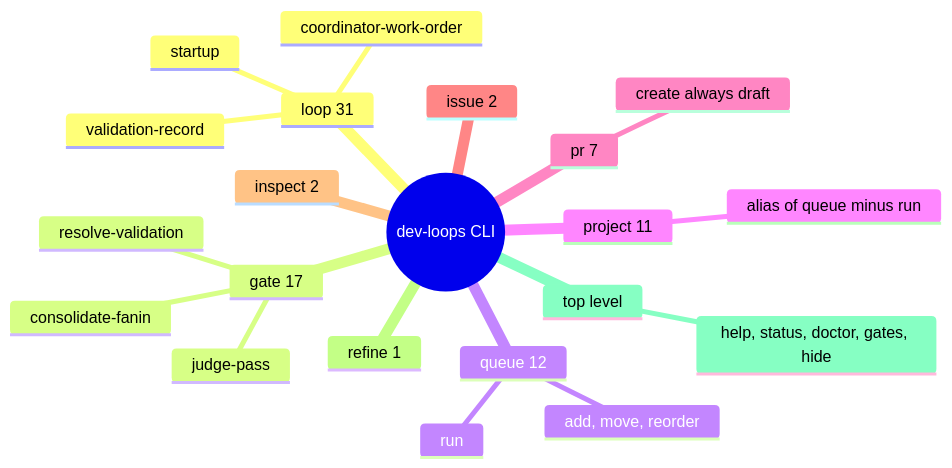
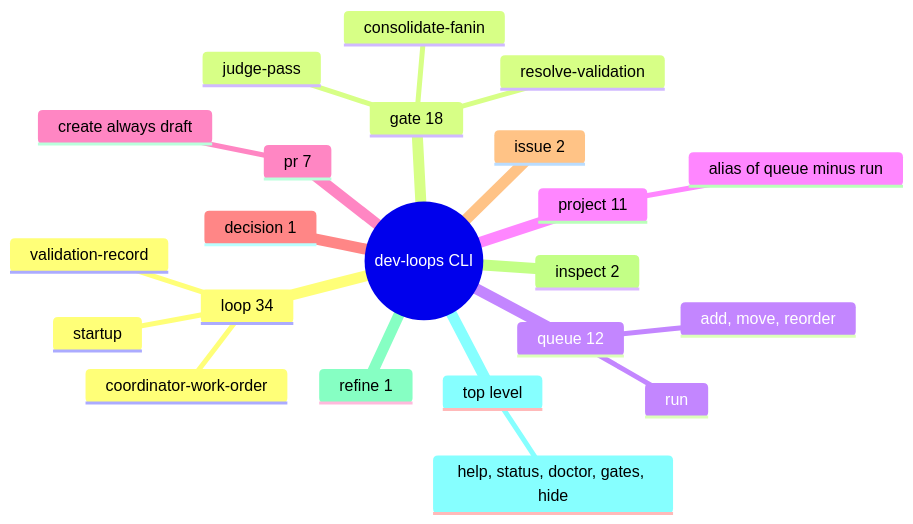
Before and after one commit to mfittko/dev-loops: the ninth of 14 diagrams in docs/atlas/01-system-context.md, drawn with Mermaid. The commit also changed other lines of this file, not shown here.

````diff
--- a/docs/atlas/01-system-context.md
+++ b/docs/atlas/01-system-context.md
@@ -256,24 +259,25 @@
 ```mermaid
 mindmap
   root((dev-loops CLI))
-    loop 31
+    loop 34
       startup
       coordinator-work-order
       validation-record
-    gate 17
+    gate 18
       judge-pass
       consolidate-fanin
       resolve-validation
     queue 12
       run
       add, move, reorder
     project 11
       alias of queue minus run
     pr 7
       create always draft
+    decision 1
     issue 2
     inspect 2
     refine 1
     top level
       help, status, doctor, gates, hide
 ```
````
